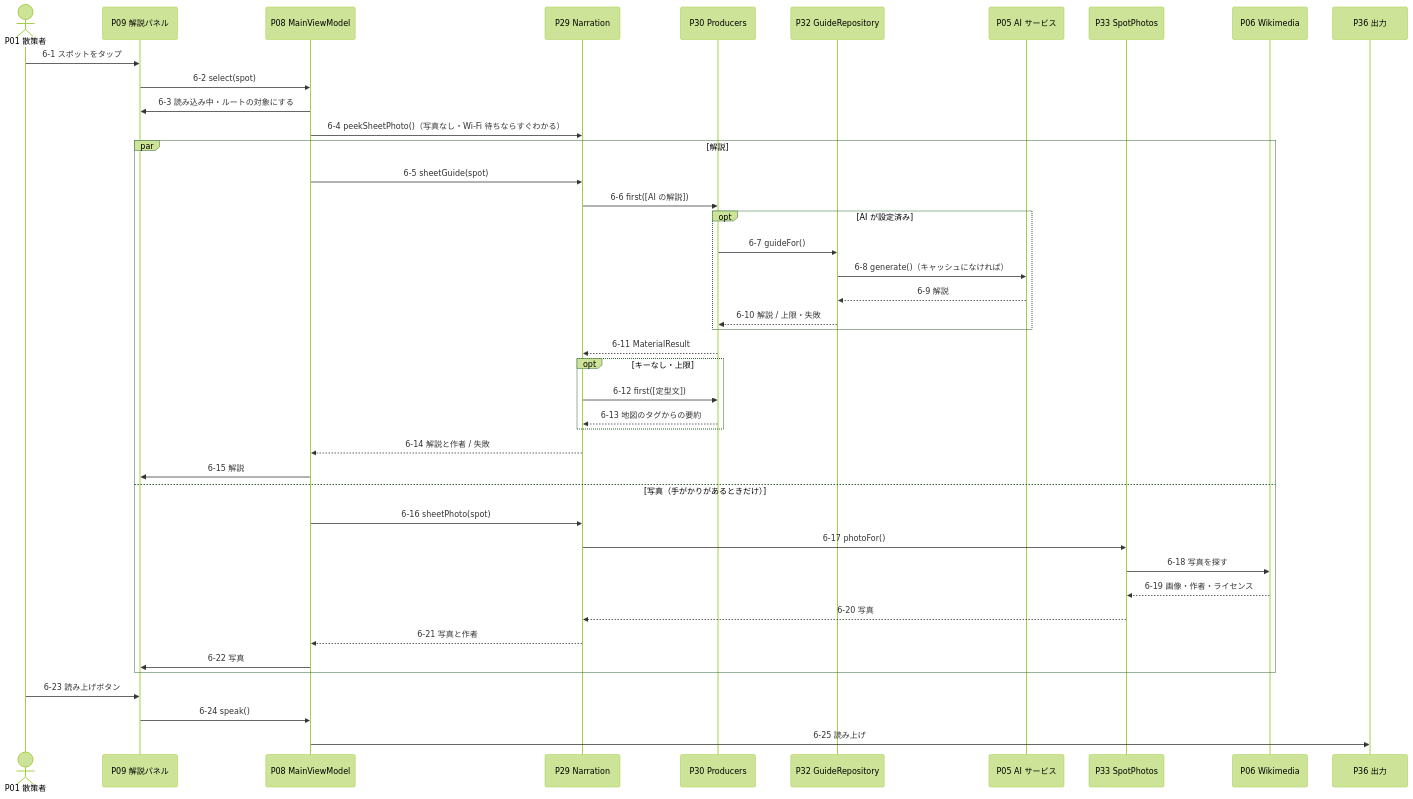
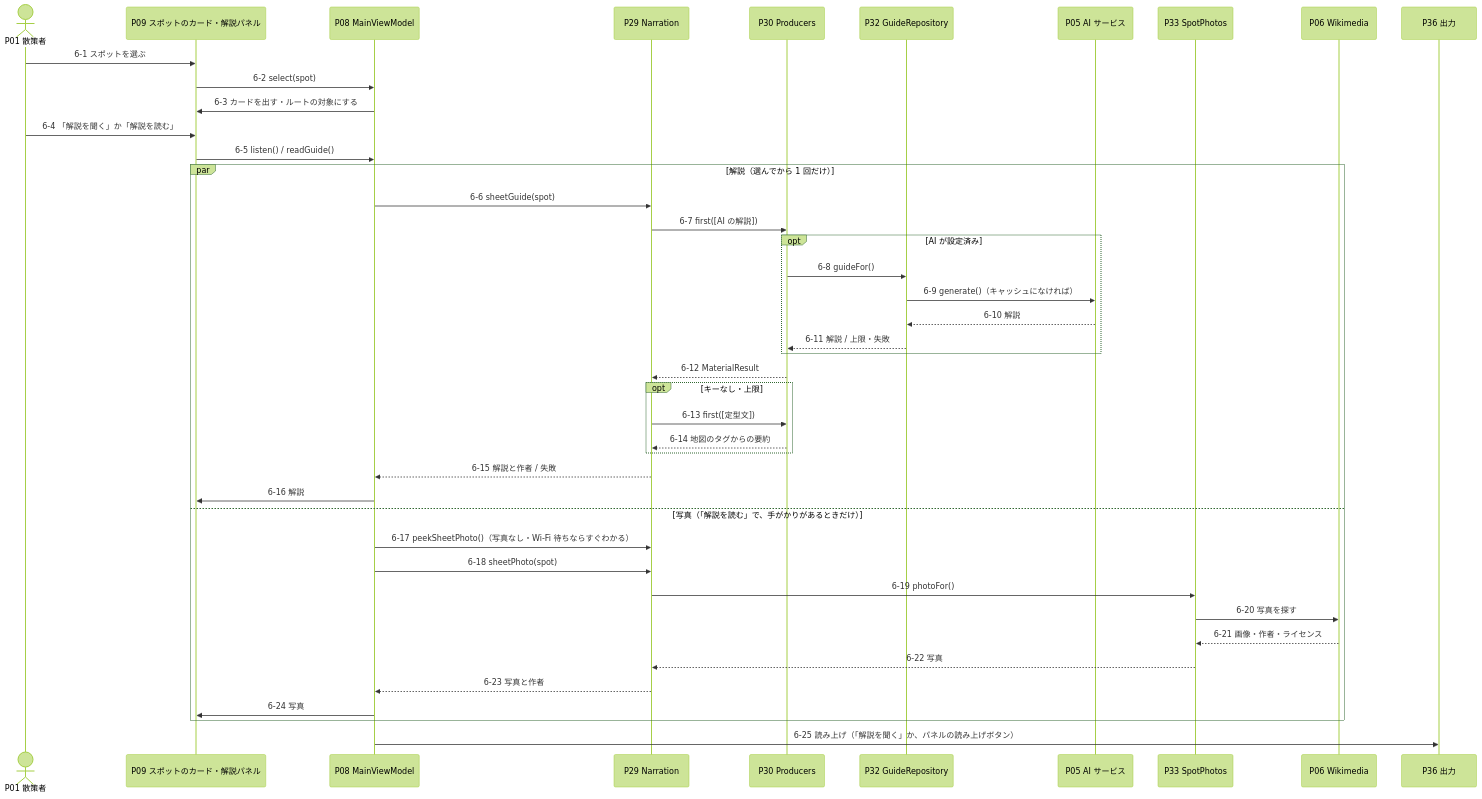
One commit to duwenji/yorisoi-sanpoguide changed the sixth of 9 diagrams in docs/sequences.md. Above: the diagram before and after it, drawn with Mermaid (forest theme). The commit also changed other lines of this file and 9 other files, not shown here.

````diff
--- a/docs/sequences.md
+++ b/docs/sequences.md
@@ -388,46 +388,46 @@
 ```mermaid
 sequenceDiagram
   actor W as P01 散策者
-  participant UI as P09 解説パネル
+  participant UI as P09 スポットのカード・解説パネル
   participant VM as P08 MainViewModel
   participant Nar as P29 Narration
   participant Prod as P30 Producers
   participant GR as P32 GuideRepository
   participant AI as P05 AI サービス
   participant Ph as P33 SpotPhotos
   participant Wiki as P06 Wikimedia
   participant Out as P36 出力
 
-  W->>UI: 6-1 スポットをタップ
+  W->>UI: 6-1 スポットを選ぶ
   UI->>VM: 6-2 select(spot)
-  VM->>UI: 6-3 読み込み中・ルートの対象にする
-  VM->>Nar: 6-4 peekSheetPhoto()（写真なし・Wi-Fi 待ちならすぐわかる）
-  par 解説
-    VM->>Nar: 6-5 sheetGuide(spot)
-    Nar->>Prod: 6-6 first([AI の解説])
+  VM->>UI: 6-3 カードを出す・ルートの対象にする
+  W->>UI: 6-4 「解説を聞く」か「解説を読む」
+  UI->>VM: 6-5 listen() / readGuide()
+  par 解説（選んでから 1 回だけ）
+    VM->>Nar: 6-6 sheetGuide(spot)
+    Nar->>Prod: 6-7 first([AI の解説])
     opt AI が設定済み
-      Prod->>GR: 6-7 guideFor()
-      GR->>AI: 6-8 generate()（キャッシュになければ）
-      AI-->>GR: 6-9 解説
-      GR-->>Prod: 6-10 解説 / 上限・失敗
+      Prod->>GR: 6-8 guideFor()
+      GR->>AI: 6-9 generate()（キャッシュになければ）
+      AI-->>GR: 6-10 解説
+      GR-->>Prod: 6-11 解説 / 上限・失敗
     end
-    Prod-->>Nar: 6-11 MaterialResult
+    Prod-->>Nar: 6-12 MaterialResult
     opt キーなし・上限
-      Nar->>Prod: 6-12 first([定型文])
-      Prod-->>Nar: 6-13 地図のタグからの要約
+      Nar->>Prod: 6-13 first([定型文])
+      Prod-->>Nar: 6-14 地図のタグからの要約
     end
-    Nar-->>VM: 6-14 解説と作者 / 失敗
-    VM->>UI: 6-15 解説
-  and 写真（手がかりがあるときだけ）
-    VM->>Nar: 6-16 sheetPhoto(spot)
-    Nar->>Ph: 6-17 photoFor()
-    Ph->>Wiki: 6-18 写真を探す
-    Wiki-->>Ph: 6-19 画像・作者・ライセンス
-    Ph-->>Nar: 6-20 写真
-    Nar-->>VM: 6-21 写真と作者
-    VM->>UI: 6-22 写真
+    Nar-->>VM: 6-15 解説と作者 / 失敗
+    VM->>UI: 6-16 解説
+  and 写真（「解説を読む」で、手がかりがあるときだけ）
+    VM->>Nar: 6-17 peekSheetPhoto()（写真なし・Wi-Fi 待ちならすぐわかる）
+    VM->>Nar: 6-18 sheetPhoto(spot)
+    Nar->>Ph: 6-19 photoFor()
+    Ph->>Wiki: 6-20 写真を探す
+    Wiki-->>Ph: 6-21 画像・作者・ライセンス
+    Ph-->>Nar: 6-22 写真
+    Nar-->>VM: 6-23 写真と作者
+    VM->>UI: 6-24 写真
   end
-  W->>UI: 6-23 読み上げボタン
-  UI->>VM: 6-24 speak()
-  VM->>Out: 6-25 読み上げ
+  VM->>Out: 6-25 読み上げ（「解説を聞く」か、パネルの読み上げボタン）
 ```
````
